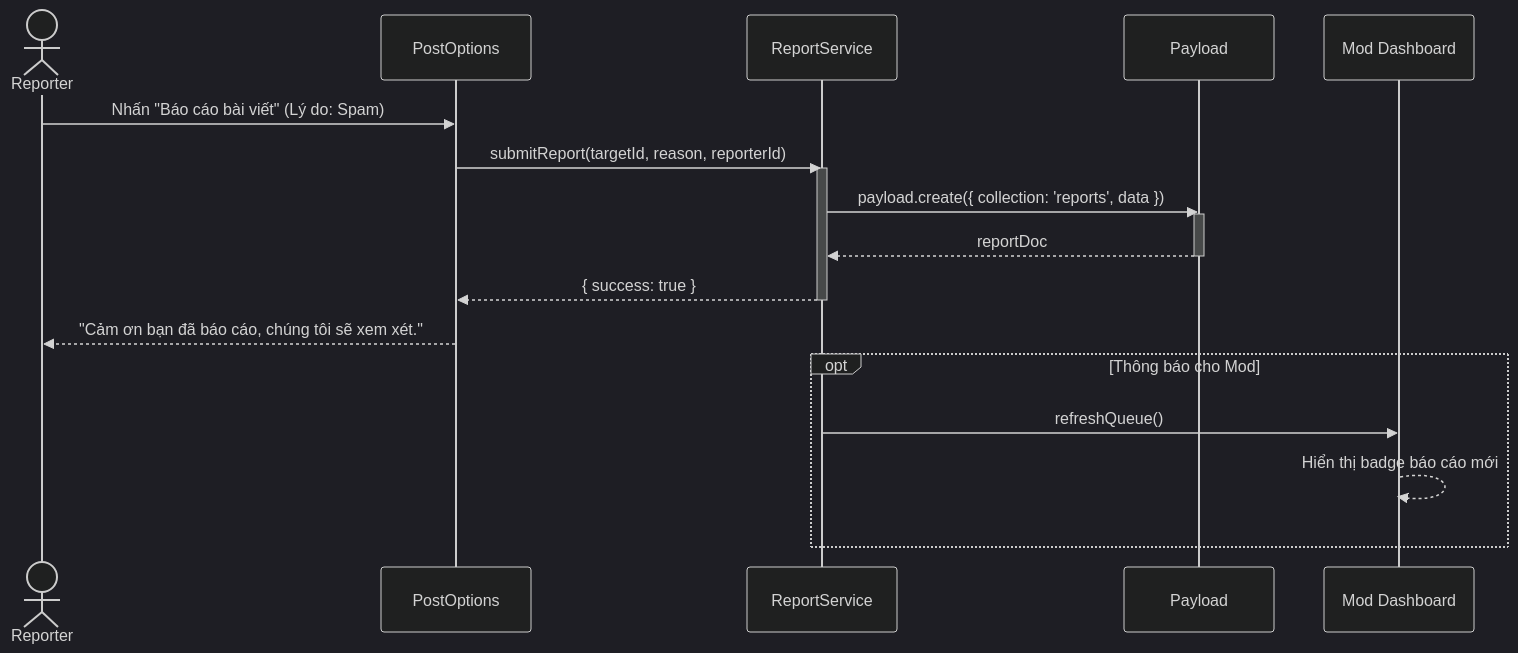
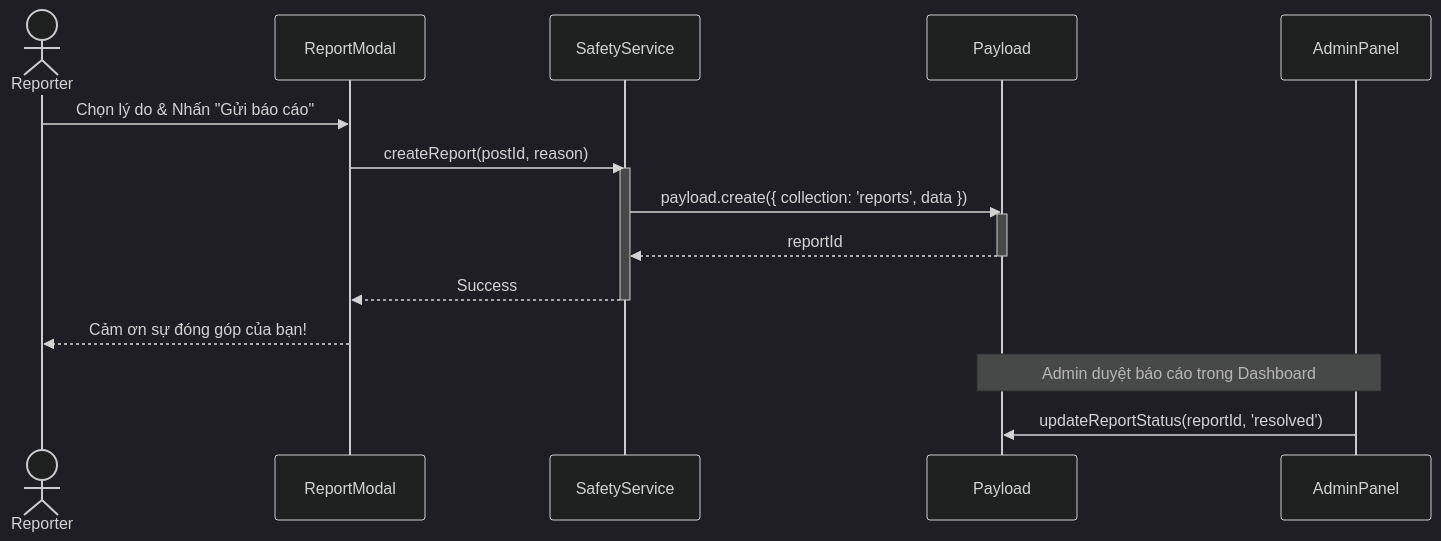
The second of 2 diagrams in Docs/life-2/diagrams/sequence-diagrams/detailed-m6-safety.md (vuthuonghai-steve/KLTN-By_Thuong_Hai-Steve), drawn with Mermaid (dark theme) before and after one commit. The commit also changed other lines of this file and 29 other files, not shown here.

````diff
--- a/Docs/life-2/diagrams/sequence-diagrams/detailed-m6-safety.md
+++ b/Docs/life-2/diagrams/sequence-diagrams/detailed-m6-safety.md
@@ -40,26 +36,24 @@
 ```mermaid
 sequenceDiagram
     actor Reporter
-    participant UI as PostOptions
-    participant Service as ReportService
+    participant UI as ReportModal
+    participant Service as SafetyService
     participant Payload
-    participant AdminUI as Mod Dashboard
+    participant Admin as AdminPanel
 
-    Reporter->>UI: Nhấn "Báo cáo bài viết" (Lý do: Spam)
-    UI->>Service: submitReport(targetId, reason, reporterId)
+    Reporter->>UI: Chọn lý do & Nhấn "Gửi báo cáo"
+    UI->>Service: createReport(postId, reason)
     activate Service
-    
+
     Service->>Payload: payload.create({ collection: 'reports', data })
     activate Payload
-    Payload-->>Service: reportDoc
+    Payload-->>Service: reportId
     deactivate Payload
-    
-    Service-->>UI: { success: true }
+
+    Service-->>UI: Success
     deactivate Service
-    UI-->>Reporter: "Cảm ơn bạn đã báo cáo, chúng tôi sẽ xem xét."
+    UI-->>Reporter: Cảm ơn sự đóng góp của bạn!
 
-    opt Thông báo cho Mod
-        Service->>AdminUI: refreshQueue()
-        AdminUI-->>AdminUI: Hiển thị badge báo cáo mới
-    end
+    Note over Payload, Admin: Admin duyệt báo cáo trong Dashboard
+    Admin->>Payload: updateReportStatus(reportId, 'resolved')
 ```
````
